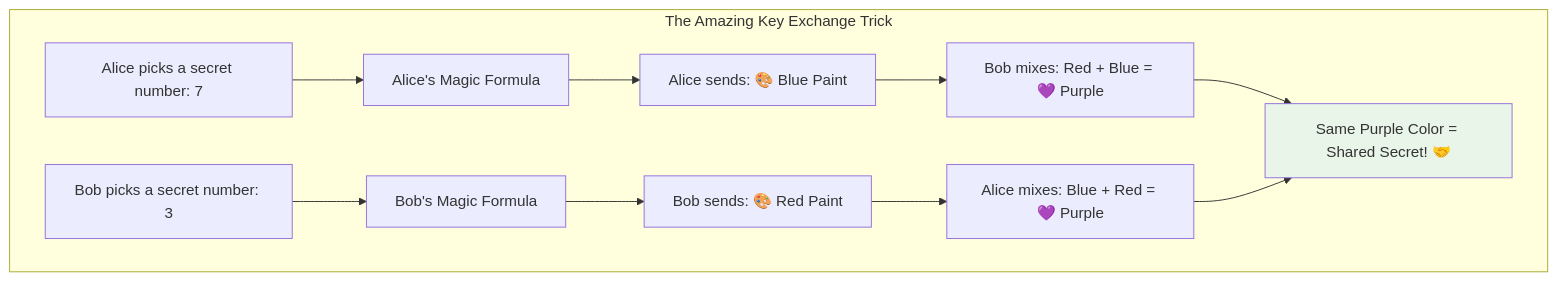
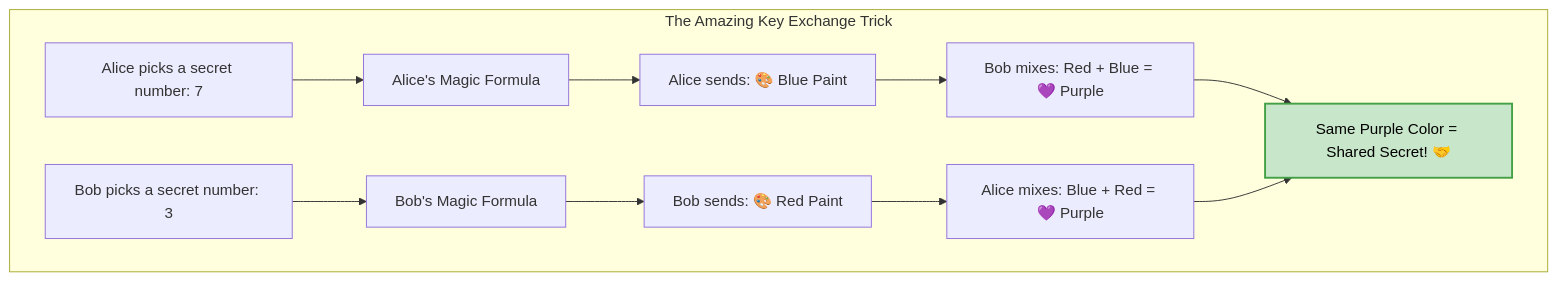
Before and after one commit to prabhatg/signal_crypto_lib: the fifth of 16 diagrams in docs/signal_protocol_for_kids.md, drawn with Mermaid. The commit also changed other lines of this file and 1 other file, not shown here.

Commit message:
Documentation diagram updates

````diff
--- a/docs/signal_protocol_for_kids.md
+++ b/docs/signal_protocol_for_kids.md
@@ -150,18 +150,18 @@
 ```mermaid
 graph TB
     subgraph "The Amazing Key Exchange Trick"
         A[Alice picks a secret number: 7] --> B[Alice's Magic Formula]
         C[Bob picks a secret number: 3] --> D[Bob's Magic Formula]
         
         B --> E[Alice sends: 🎨 Blue Paint]
         D --> F[Bob sends: 🎨 Red Paint]
         
         E --> G[Bob mixes: Red + Blue = 💜 Purple]
         F --> H[Alice mixes: Blue + Red = 💜 Purple]
         
         G --> I[Same Purple Color = Shared Secret! 🤝]
         H --> I
     end
     
-    style I fill:#e8f5e8
+    style I fill:#c8e6c9,stroke:#43a047,stroke-width:2px,color:#000
 ```
````
